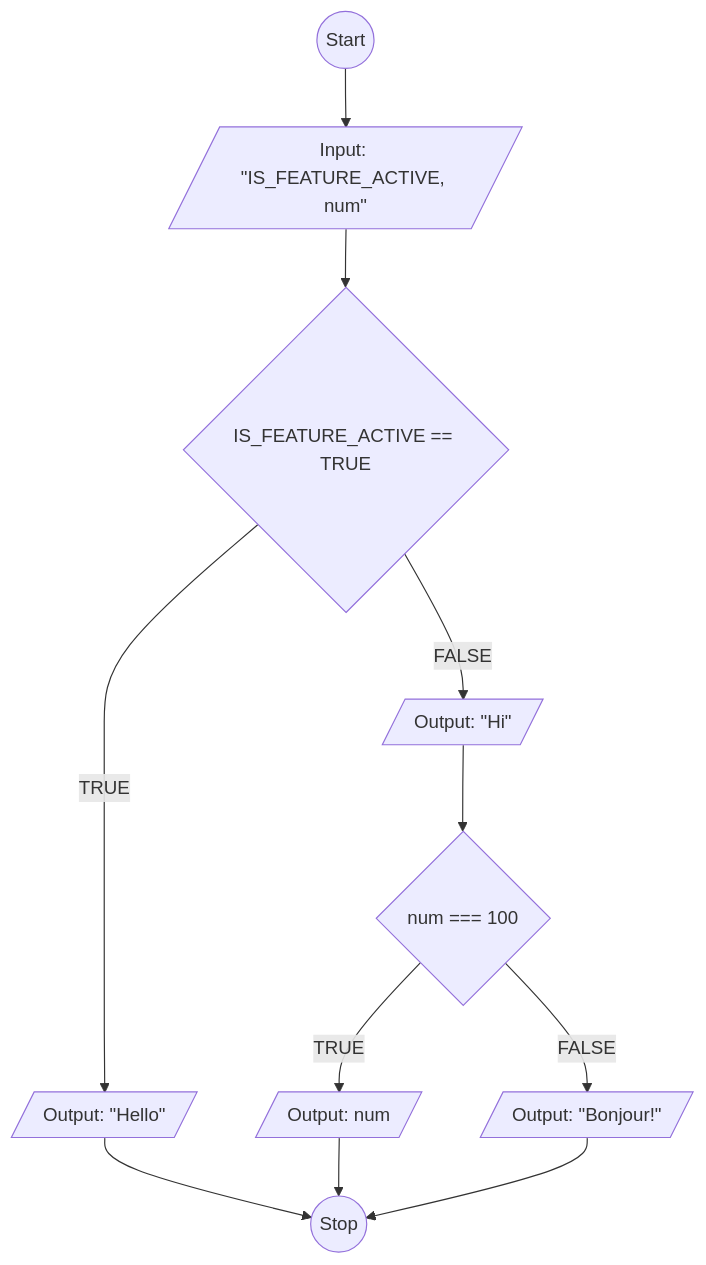
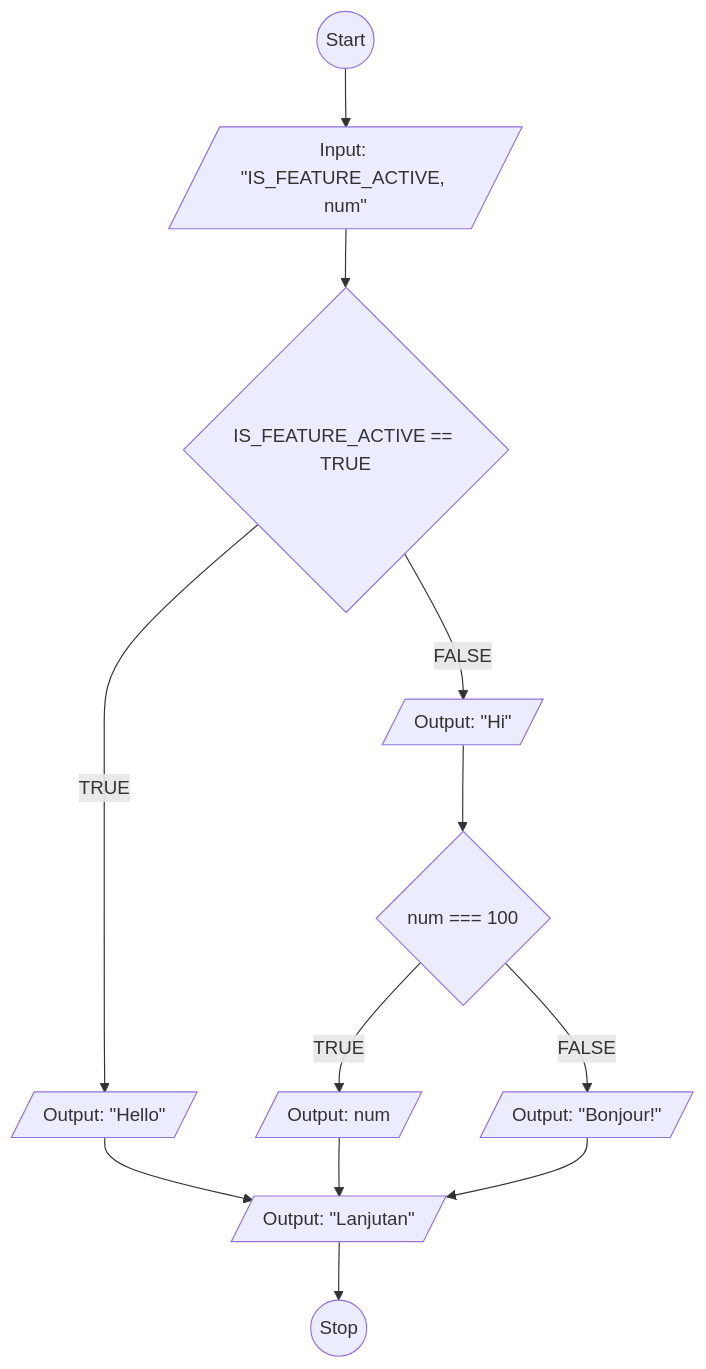
One commit to makarim22/koda-b6-javascript1 changed the diagram in flowchart-switch-case.md. Above: the diagram before and after it, drawn with Mermaid.

````diff
--- a/flowchart-switch-case.md
+++ b/flowchart-switch-case.md
@@ -1,45 +1,50 @@
 ```mermaid
 flowchart TD
 
 A@{ shape: circle, label: "Start" } --> B
 
 B@{ shape: lean-r, label: "Input: \"IS_FEATURE_ACTIVE, num\"" }  --> C
 
 
 C@{ shape: diamond, label: "IS_FEATURE_ACTIVE == TRUE" }
 
 D@{ shape: lean-r, label: "Output: \"Hello\" " }
 
 E@{ shape: lean-r, label: "Output: \"Hi\" " }
 
 F@{ shape: diamond, label: "num === 100" }
 
 G@{ shape: lean-r, label: "Output: num" }
 
 H@{ shape: lean-r, label: "Output: \"Bonjour!\" " }
 
 Z@{ shape: circle, label: "Stop" } 
 
+Y@{ shape: lean-r, label: "Output: \"Lanjutan\" " }
+
+
 C -- TRUE --> D
 C -- FALSE --> E
 
-D --> Z
+D --> Y
 E --> F
 
 F -- TRUE --> G
 F -- FALSE --> H
 
-G --> Z
-H --> Z
+G --> Y
+H --> Y
+
+Y --> Z
 
 
 
 
 
 
 
 
 
 
 
 ```
````
